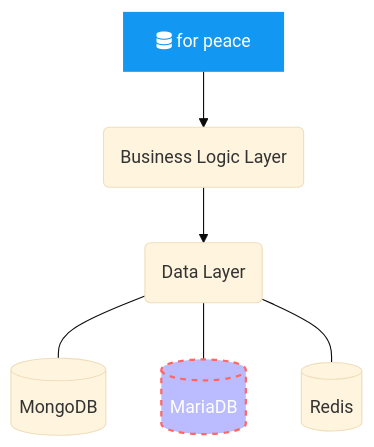
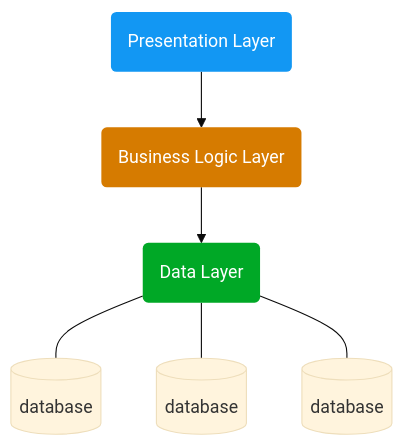
Before and after one commit to ukritfongsomboon/Hexagonal: the first of 2 diagrams in README.MD, drawn with Mermaid (base theme).

````diff
--- a/README.MD
+++ b/README.MD
@@ -15,13 +15,12 @@
 ```mermaid
 flowchart TB
 A(Presentation Layer) --> B(Business Logic Layer)
-A["fa:fa-database for peace"]
 B --> C(Data Layer)
-C --- id1[(MongoDB)]
-C --- id2[(MariaDB)]
-C --- id3[(Redis)]
+C --- id1[(database)]
+C --- id2[(database)]
+C --- id3[(database)]
 
 style A fill:#1297f3,stroke-width:0px,color:#fff 
-style id2 fill:#bbf,stroke:#f66,stroke-width:2px,color:#fff,stroke-dasharray: 5 5
-style id2 fill:#bbf,stroke:#f66,stroke-width:2px,color:#fff,stroke-dasharray: 5 5
+style B fill:#d67b00,stroke-width:0px,color:#fff 
+style C fill:#00a826,stroke-width:0px,color:#fff 
 ```
````
